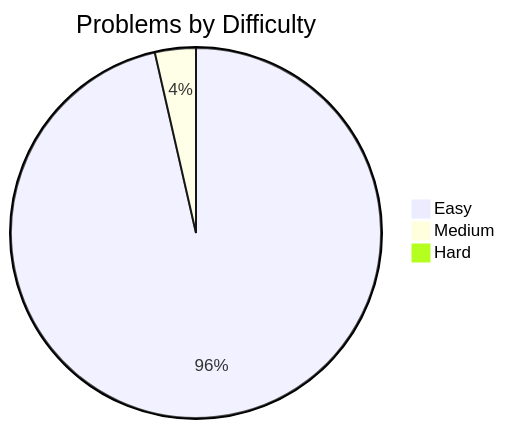
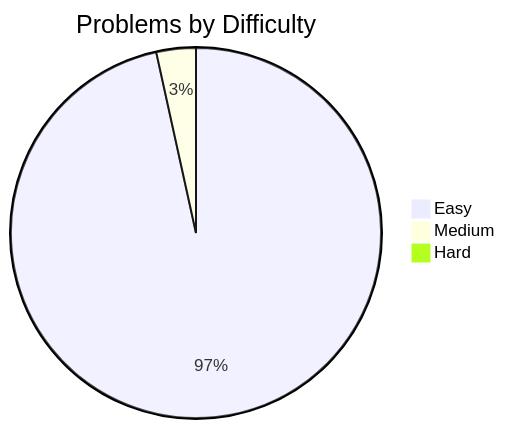
One commit to davelin18yufan/leetcode-journal changed the diagram in README.md. Above: the diagram before and after it, drawn with Mermaid. The commit also changed other lines of this file and 4 other files, not shown here.

````diff
--- a/README.md
+++ b/README.md
@@ -7,7 +7,7 @@
 ```mermaid
 pie
     title Problems by Difficulty
-    "Easy" : 27
+    "Easy" : 28
     "Medium" : 1
     "Hard" : 0
 ```
````
